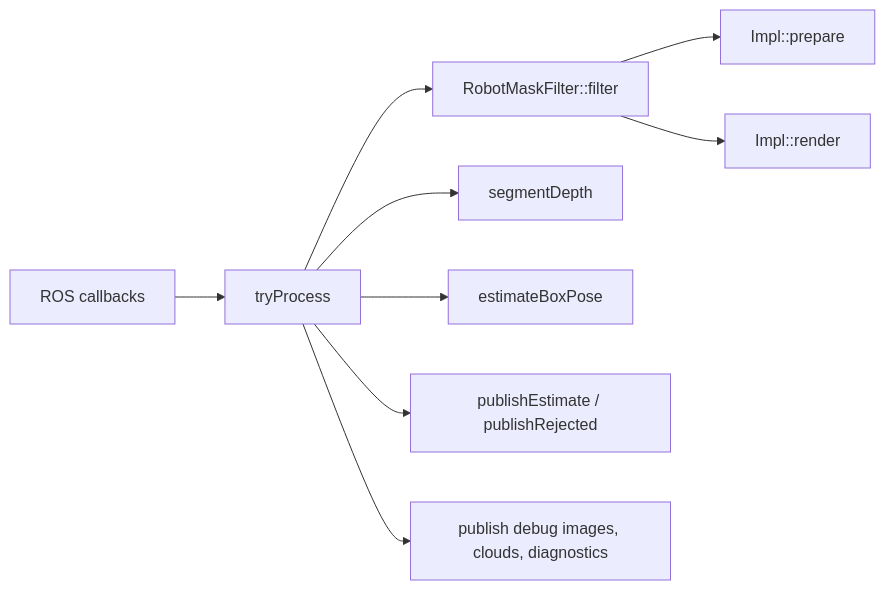
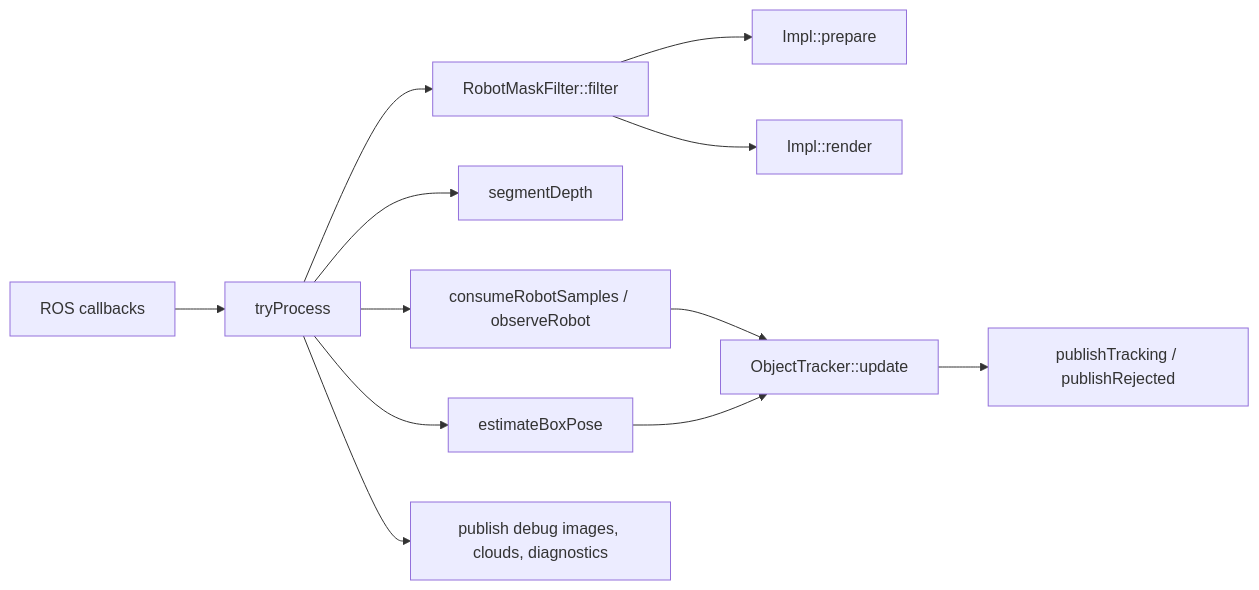
The third of 3 diagrams in Job_guides/my_study/week4.md (tsh00k/robotic_manipulation_practice), drawn with Mermaid before and after one commit. The commit also changed other lines of this file and 15 other files, not shown here.

First line of the commit message:
Implement Stage 5 grasp-conditioned object tracking

````diff
--- a/Job_guides/my_study/week4.md
+++ b/Job_guides/my_study/week4.md
@@ -125,11 +161,14 @@
 ```mermaid
 flowchart LR
   N[ROS callbacks] --> T[tryProcess]
   T --> R[RobotMaskFilter::filter]
   R --> P[Impl::prepare]
   R --> V[Impl::render]
   T --> S[segmentDepth]
   T --> O[estimateBoxPose]
-  T --> Q[publishEstimate / publishRejected]
+  T --> G[consumeRobotSamples / observeRobot]
+  G --> U[ObjectTracker::update]
+  O --> U
+  U --> Q[publishTracking / publishRejected]
   T --> X[publish debug images, clouds, diagnostics]
 ```
````
